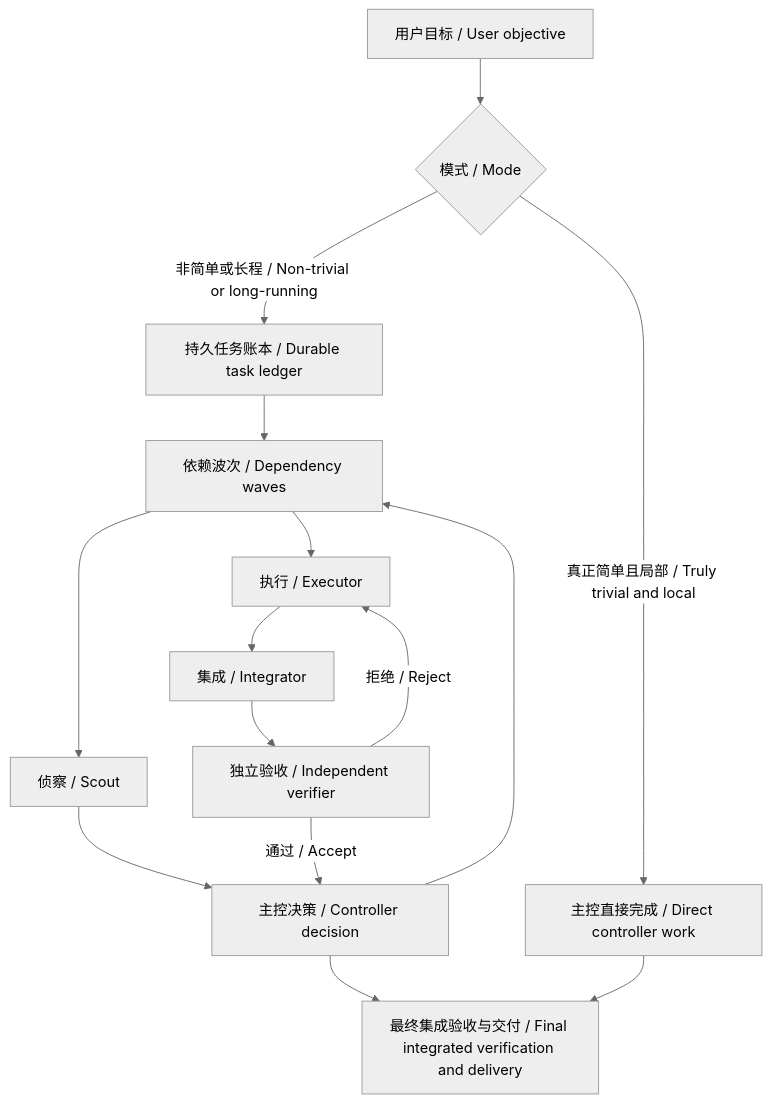
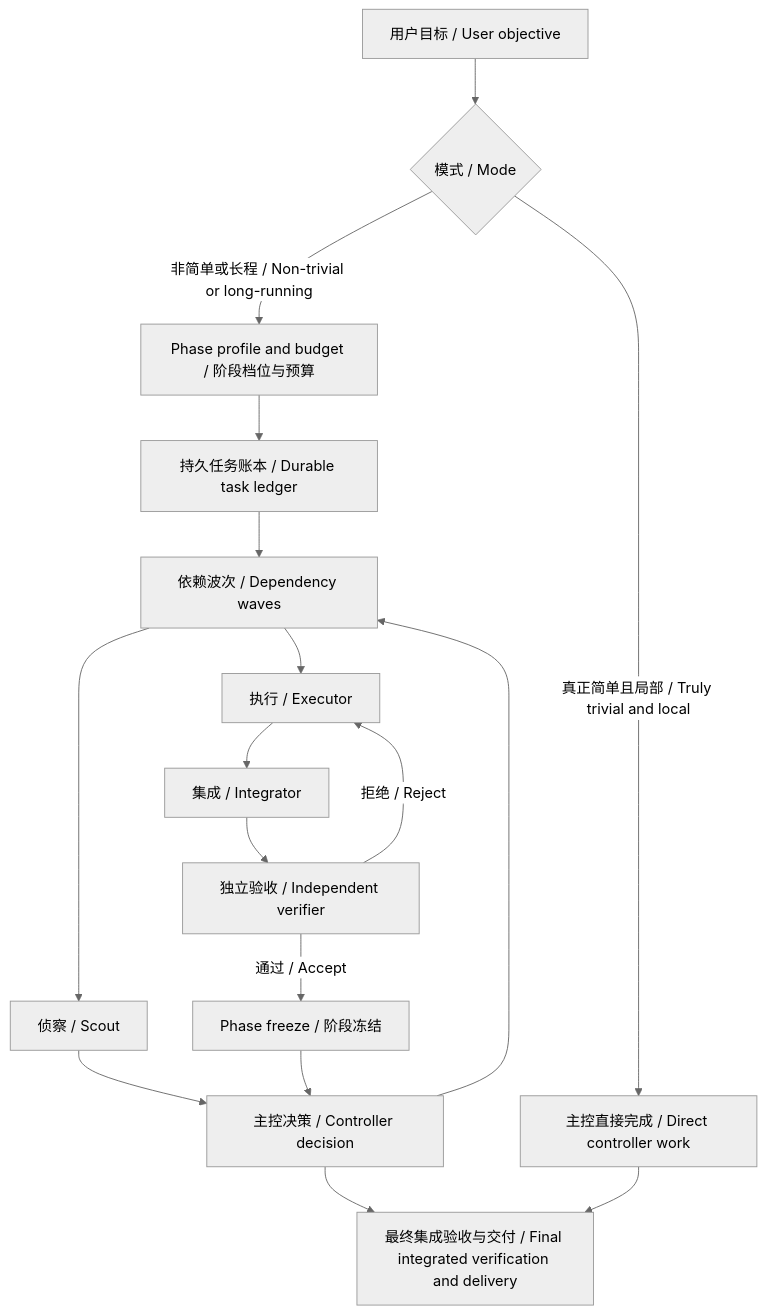
Before and after one commit to Linsongrong/orchestrate-work: the diagram in README.md, drawn with Mermaid (neutral theme). The commit also changed other lines of this file and 4 other files, not shown here.

````diff
--- a/README.md
+++ b/README.md
@@ -5,17 +5,19 @@
 ```mermaid
 flowchart TD
     U["用户目标 / User objective"] --> M{"模式 / Mode"}
     M -->|"真正简单且局部 / Truly trivial and local"| D["主控直接完成 / Direct controller work"]
-    M -->|"非简单或长程 / Non-trivial or long-running"| L["持久任务账本 / Durable task ledger"]
+    M -->|"非简单或长程 / Non-trivial or long-running"| P["Phase profile and budget / 阶段档位与预算"]
+    P --> L["持久任务账本 / Durable task ledger"]
     L --> W["依赖波次 / Dependency waves"]
     W --> S["侦察 / Scout"]
     W --> E["执行 / Executor"]
     E --> I["集成 / Integrator"]
     S --> C["主控决策 / Controller decision"]
     I --> V["独立验收 / Independent verifier"]
     V -->|"拒绝 / Reject"| E
-    V -->|"通过 / Accept"| C
+    V -->|"通过 / Accept"| FZ["Phase freeze / 阶段冻结"]
+    FZ --> C
     C --> W
     C --> F["最终集成验收与交付 / Final integrated verification and delivery"]
     D --> F
 ```
````
